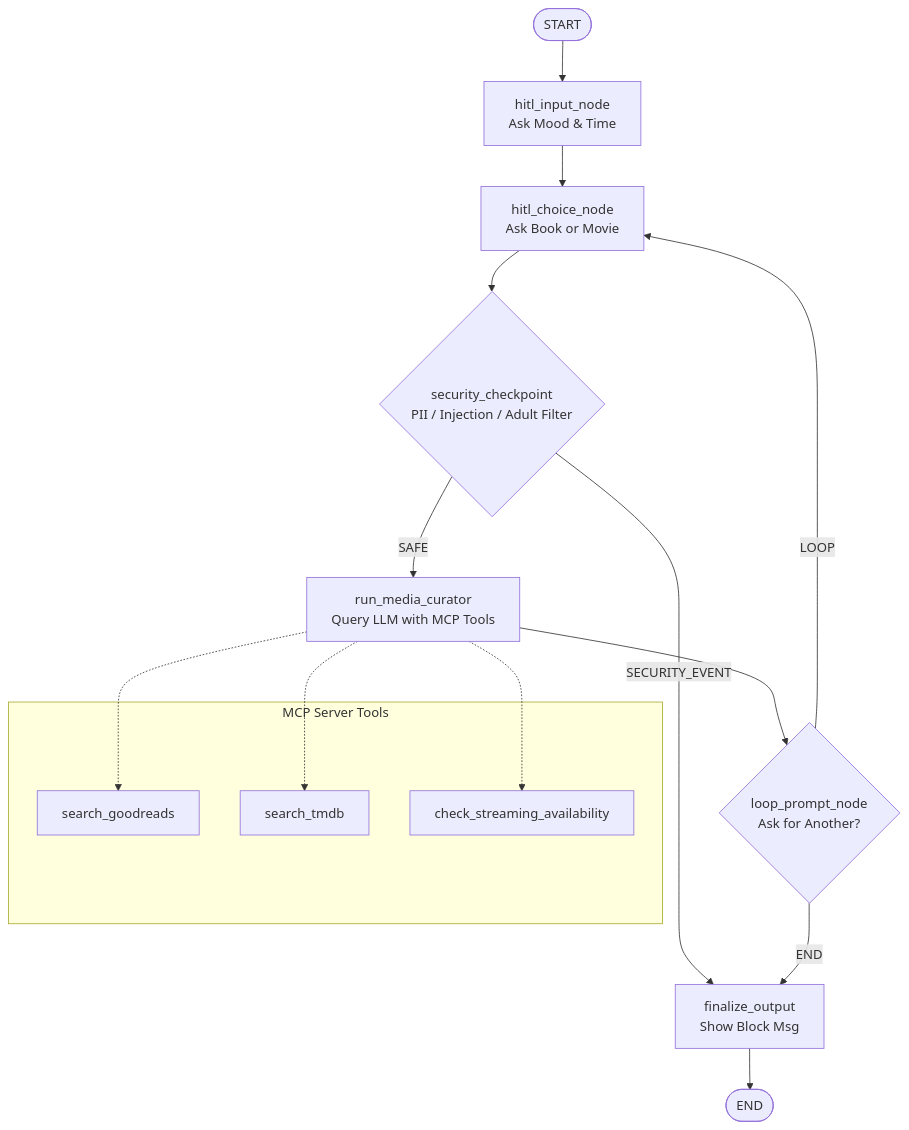
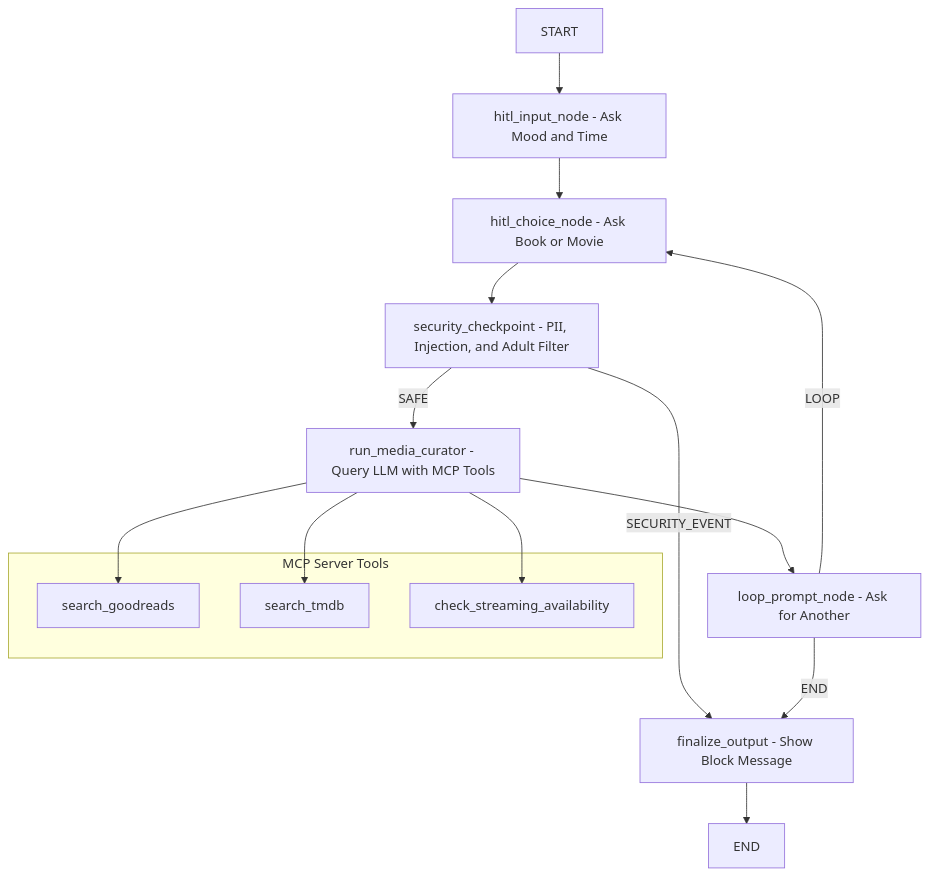
One commit to CodeXPranjal/Media-curator changed the diagram in README.md. Above: the diagram before and after it, drawn with Mermaid.

Commit message:
Simplify Mermaid diagram syntax to ensure rendering on GitHub

````diff
--- a/README.md
+++ b/README.md
@@ -17,26 +17,26 @@
 ```mermaid
 flowchart TD
-    START([START]) --> HITL_Input["hitl_input_node<br/>Ask Mood & Time"]
-    HITL_Input --> HITL_Choice["hitl_choice_node<br/>Ask Book or Movie"]
-    HITL_Choice --> SecCheck{"security_checkpoint<br/>PII / Injection / Adult Filter"}
+    START[START] --> HITL_Input[hitl_input_node - Ask Mood and Time]
+    HITL_Input --> HITL_Choice[hitl_choice_node - Ask Book or Movie]
+    HITL_Choice --> SecCheck[security_checkpoint - PII, Injection, and Adult Filter]
     
-    SecCheck -- SECURITY_EVENT --> Finalize["finalize_output<br/>Show Block Msg"]
-    SecCheck -- SAFE --> RunCurator["run_media_curator<br/>Query LLM with MCP Tools"]
+    SecCheck -- SECURITY_EVENT --> Finalize[finalize_output - Show Block Message]
+    SecCheck -- SAFE --> RunCurator[run_media_curator - Query LLM with MCP Tools]
     
-    RunCurator --> LoopPrompt{"loop_prompt_node<br/>Ask for Another?"}
+    RunCurator --> LoopPrompt[loop_prompt_node - Ask for Another]
     
     LoopPrompt -- LOOP --> HITL_Choice
     LoopPrompt -- END --> Finalize
     
-    Finalize --> END([END])
+    Finalize --> END[END]
 
     subgraph MCP Server Tools
         search_goodreads
         search_tmdb
         check_streaming_availability
     end
     
-    RunCurator -.-> search_goodreads
-    RunCurator -.-> search_tmdb
-    RunCurator -.-> check_streaming_availability
+    RunCurator --> search_goodreads
+    RunCurator --> search_tmdb
+    RunCurator --> check_streaming_availability
 ```
````
